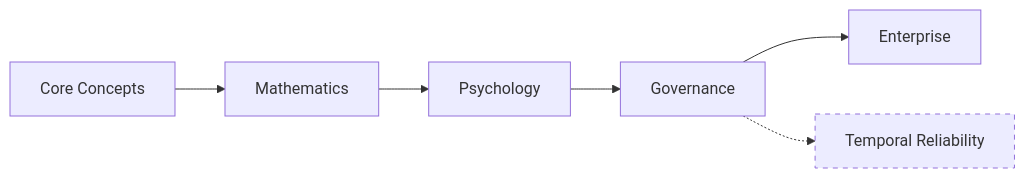
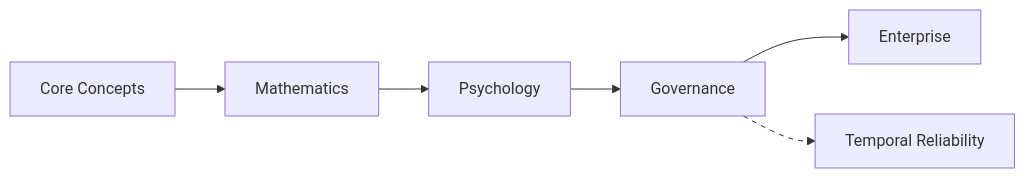
One commit to arf-foundation/arf-spec changed the diagram in docs/index.md. Above: the diagram before and after it, drawn with Mermaid. The commit also changed other lines of this file, not shown here.

````diff
--- a/docs/index.md
+++ b/docs/index.md
@@ -16,9 +16,9 @@
 ```mermaid
 graph LR
     A[Core Concepts] --> B[Mathematics]
     B --> C[Psychology]
     C --> D[Governance]
     D --> E[Enterprise]
     D -.-> F[Temporal Reliability]
-    style F stroke-dasharray: 5 5
+    linkStyle 4 stroke-dasharray: 5 5
 ```
````
